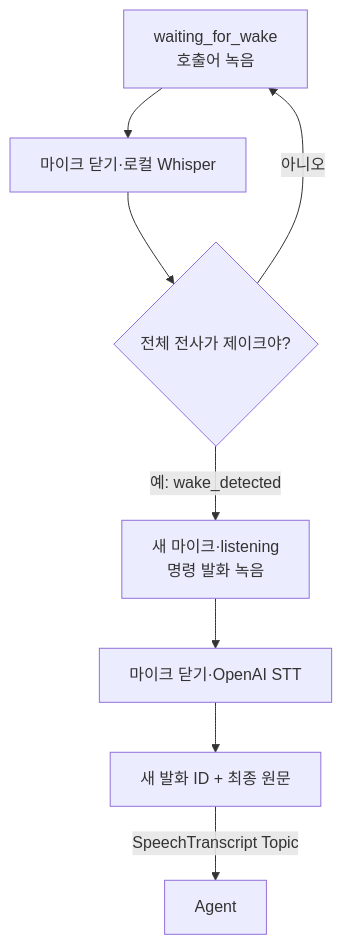
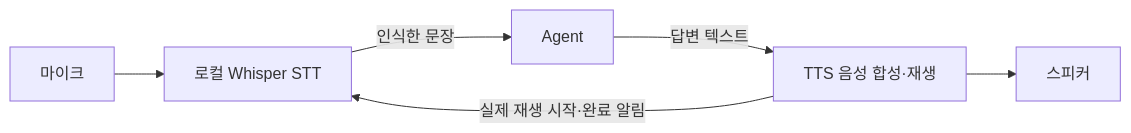
One commit to SWM-malbut/malbut changed the first of 2 diagrams in malbut_stt/docs/stt_agent.md. Above: the diagram before and after it, drawn with Mermaid. The commit also changed other lines of this file, not shown here.

Commit message:
docs(SWM25-172): write STT functional specification

````diff
--- a/malbut_stt/docs/stt_agent.md
+++ b/malbut_stt/docs/stt_agent.md
@@ -9,10 +2,8 @@
 ```mermaid
-flowchart TD
-    W["waiting_for_wake<br/>호출어 녹음"] --> C["마이크 닫기·로컬 Whisper"]
-    C --> M{"전체 전사가 제이크야?"}
-    M -->|"아니오"| W
-    M -->|"예: wake_detected"| R["새 마이크·listening<br/>명령 발화 녹음"]
-    R --> O["마이크 닫기·OpenAI STT"]
-    O --> P["새 발화 ID + 최종 원문"]
-    P -->|"SpeechTranscript Topic"| A["Agent"]
+flowchart LR
+    M["마이크"] --> S["로컬 Whisper STT"]
+    S -->|"인식한 문장"| A["Agent"]
+    A -->|"답변 텍스트"| T["TTS 음성 합성·재생"]
+    T --> SP["스피커"]
+    T -->|"실제 재생 시작·완료 알림"| S
 ```
````
